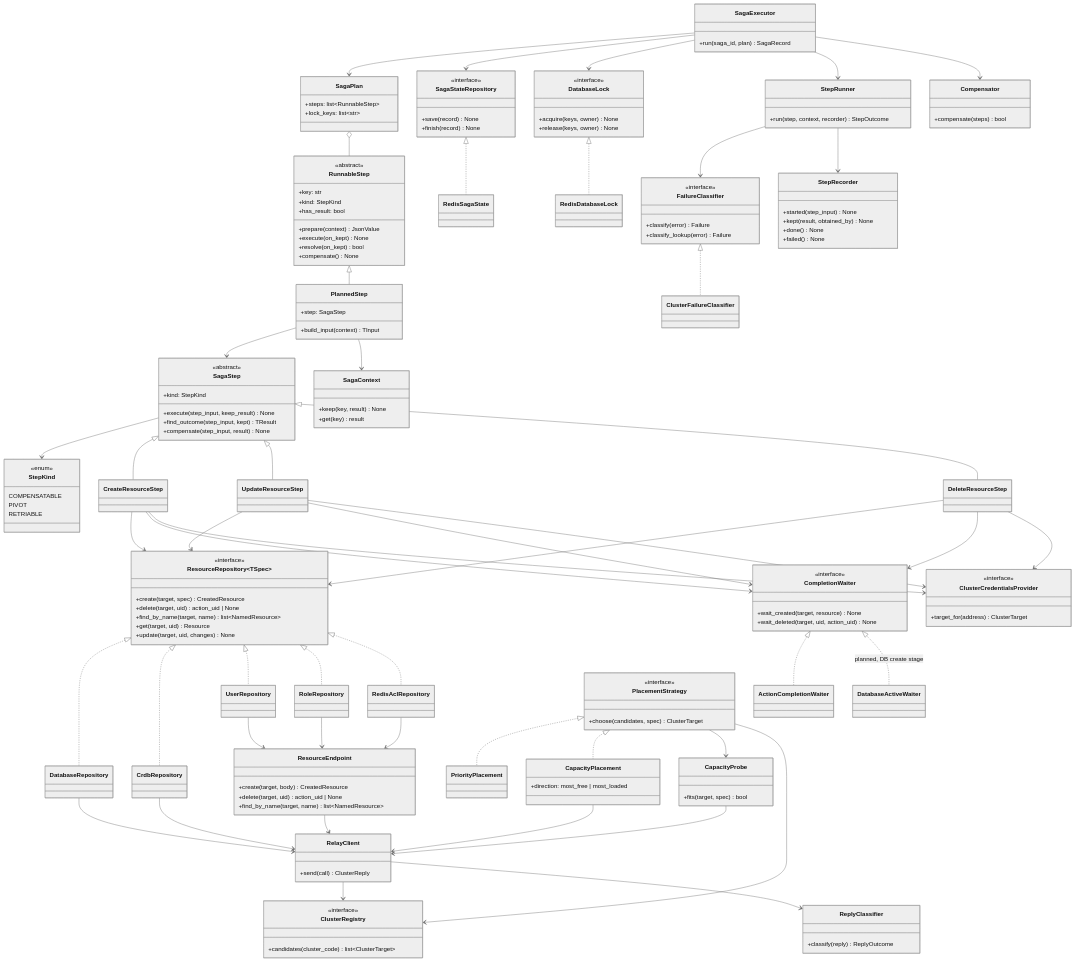
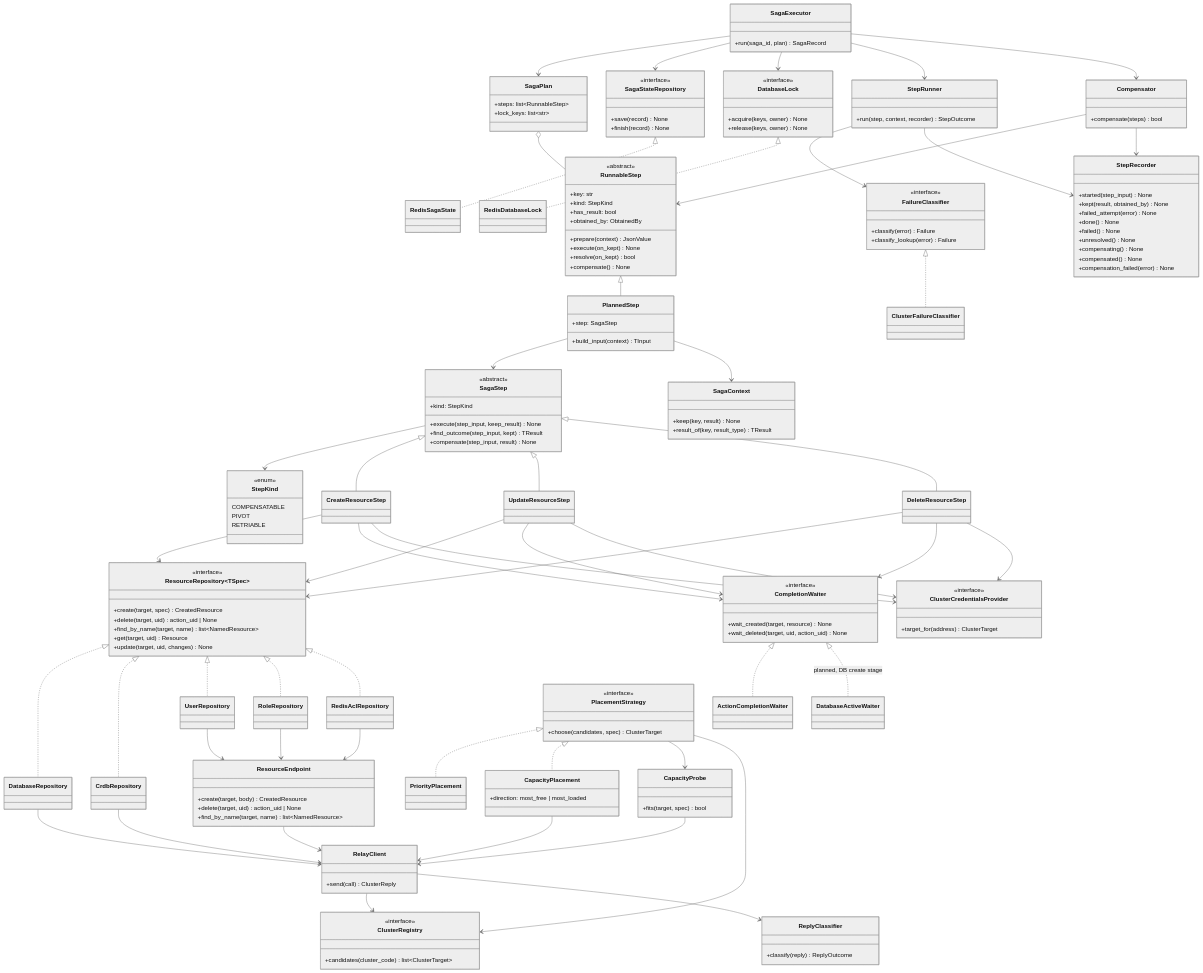
The second of 2 diagrams in docs/design/saga.md (EliShteinman/redis-enterprise-services), drawn with Mermaid (neutral theme) before and after one commit. The commit also changed 2 other files, not shown here.

Commit message:
docs: plan step 7 in four pieces; one word for the rows; the rest of the diagram matches the engine

```diff
--- a/docs/design/saga.md
+++ b/docs/design/saga.md
@@ -685,6 +685,7 @@
         +key: str
         +kind: StepKind
         +has_result: bool
+        +obtained_by: ObtainedBy
         +prepare(context) JsonValue
         +execute(on_kept) None
         +resolve(on_kept) bool
@@ -697,12 +698,17 @@
     class StepRecorder {
         +started(step_input) None
         +kept(result, obtained_by) None
+        +failed_attempt(error) None
         +done() None
         +failed() None
+        +unresolved() None
+        +compensating() None
+        +compensated() None
+        +compensation_failed(error) None
     }
     class SagaContext {
         +keep(key, result) None
-        +get(key) result
+        +result_of(key, result_type) TResult
     }
     class ClusterCredentialsProvider {
         <<interface>>
@@ -800,6 +806,8 @@
     SagaPlan o-- RunnableStep
     RunnableStep <|-- PlannedStep
     StepRunner --> StepRecorder
+    Compensator --> RunnableStep
+    Compensator --> StepRecorder
     PlannedStep --> SagaStep
     PlannedStep --> SagaContext
     SagaStep --> StepKind
```
